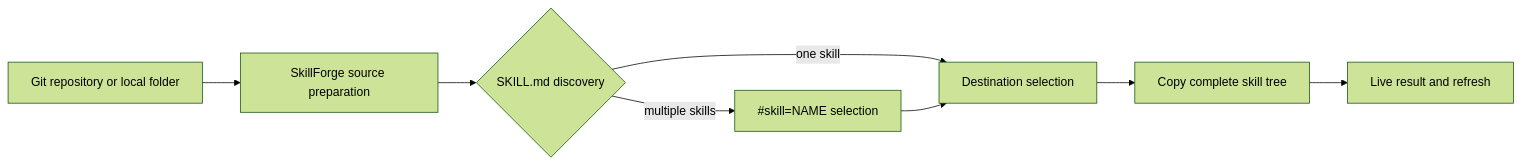
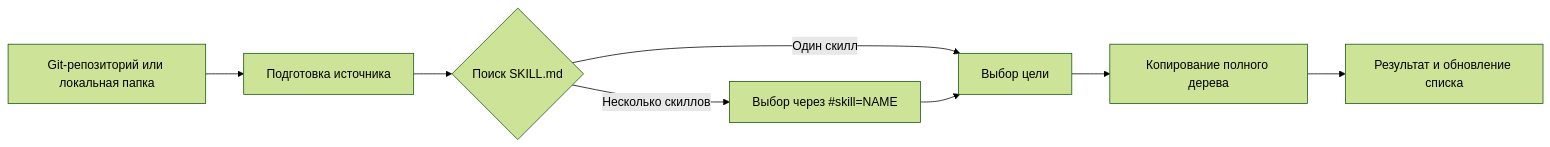
The diagram in README.md (jgchkcu-maker/SkillForge), drawn with Mermaid (forest theme) before and after one commit. The commit also changed other lines of this file and 1 other file, not shown here.

Commit message:
Add Russian repository presentation and banner

````diff
--- a/README.md
+++ b/README.md
@@ -129,10 +127,10 @@
 ```mermaid
 flowchart LR
-    A[Git repository or local folder] --> B[SkillForge source preparation]
-    B --> C{SKILL.md discovery}
-    C -->|one skill| D[Destination selection]
-    C -->|multiple skills| E[#skill=NAME selection]
+    A[Git-репозиторий или локальная папка] --> B[Подготовка источника]
+    B --> C{Поиск SKILL.md}
+    C -->|Один скилл| D[Выбор цели]
+    C -->|Несколько скиллов| E[Выбор через #skill=NAME]
     E --> D
-    D --> F[Copy complete skill tree]
-    F --> G[Live result and refresh]
+    D --> F[Копирование полного дерева]
+    F --> G[Результат и обновление списка]
 ```
````
